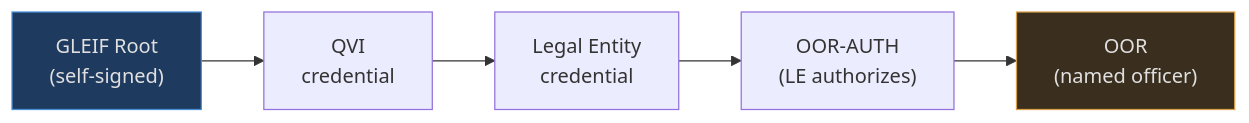
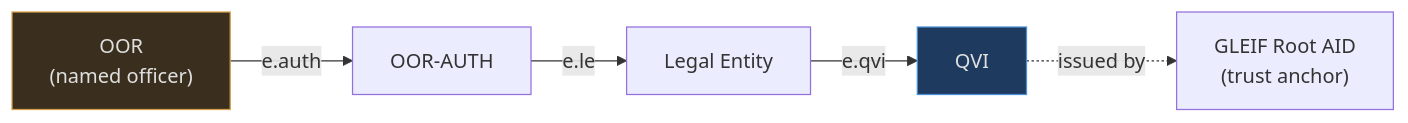
The diagram in docs/acdc-primer.md (lambdasistemi/cardano-keri), drawn with Mermaid before and after one commit. The commit also changed other lines of this file, not shown here.

````diff
--- a/docs/acdc-primer.md
+++ b/docs/acdc-primer.md
@@ -88,9 +96,9 @@
 ```mermaid
 flowchart LR
-    G["GLEIF Root<br/>(self-signed)"] --> Q["QVI<br/>credential"]
-    Q --> LE["Legal Entity<br/>credential"]
-    LE --> AUTH["OOR-AUTH<br/>(LE authorizes)"]
-    AUTH --> OOR["OOR<br/>(named officer)"]
-    style G fill:#1e3a5f,stroke:#4a90d9,color:#e0e0e0
+    OOR["OOR<br/>(named officer)"] -->|"e.auth"| AUTH["OOR-AUTH"]
+    AUTH -->|"e.le"| LE["Legal Entity"]
+    LE -->|"e.qvi"| QVI["QVI"]
+    QVI -.->|"issued by"| G["GLEIF Root AID<br/>(trust anchor)"]
+    style QVI fill:#1e3a5f,stroke:#4a90d9,color:#e0e0e0
     style OOR fill:#3a2f1e,stroke:#d9a04a,color:#e0e0e0
 ```
````
